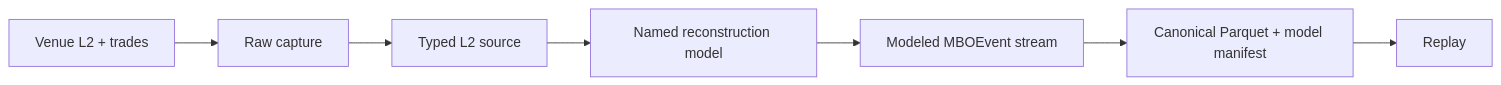
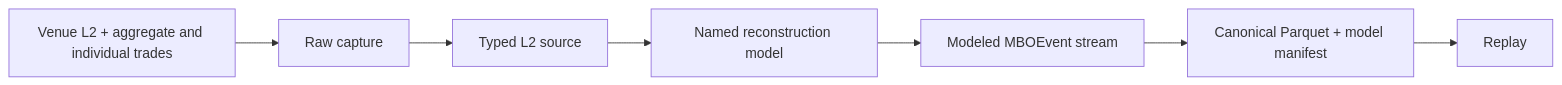
One commit to tradingexpert/ordersim changed the third of 6 diagrams in docs/architecture.md. Above: the diagram before and after it, drawn with Mermaid. The commit also changed 19 other files, not shown here.

First line of the commit message:
Capture individual Binance trades (#60)

````diff
--- a/docs/architecture.md
+++ b/docs/architecture.md
@@ -68,12 +68,12 @@
 ```mermaid
 flowchart LR
-    venue["Venue L2 + trades"]
+    venue["Venue L2 + aggregate and individual trades"]
     capture["Raw capture"]
     source["Typed L2 source"]
     model["Named reconstruction model"]
     modeled["Modeled MBOEvent stream"]
     parquet["Canonical Parquet + model manifest"]
     replay["Replay"]
 
     venue --> capture --> source --> model --> modeled --> parquet --> replay
 ```
````
